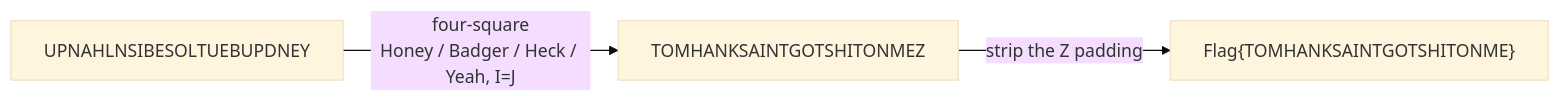
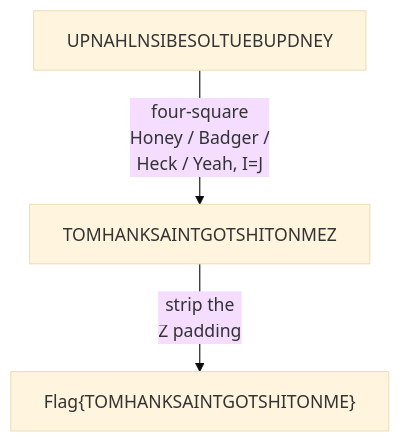
The second of 2 diagrams in src/content/readmes/steganography-ctf/warehouse.md (jdtherobot/jdtherobot.github.io), drawn with Mermaid (base theme) before and after one commit. The commit also changed 8 other files, not shown here.

````diff
--- a/src/content/readmes/steganography-ctf/warehouse.md
+++ b/src/content/readmes/steganography-ctf/warehouse.md
@@ -68,5 +68,5 @@
 ```mermaid
-flowchart LR
-  CT["UPNAHLNSIBESOLTUEBUPDNEY"] -->|"four-square<br/>Honey / Badger / Heck / Yeah, I=J"| PT["TOMHANKSAINTGOTSHITONMEZ"]
-  PT -->|"strip the Z padding"| FLAG["Flag{TOMHANKSAINTGOTSHITONME}"]
+flowchart TD
+  CT["UPNAHLNSIBESOLTUEBUPDNEY"] -->|"four-square<br/>Honey / Badger /<br/>Heck / Yeah, I=J"| PT["TOMHANKSAINTGOTSHITONMEZ"]
+  PT -->|"strip the<br/>Z padding"| FLAG["Flag{TOMHANKSAINTGOTSHITONME}"]
 ```
````
